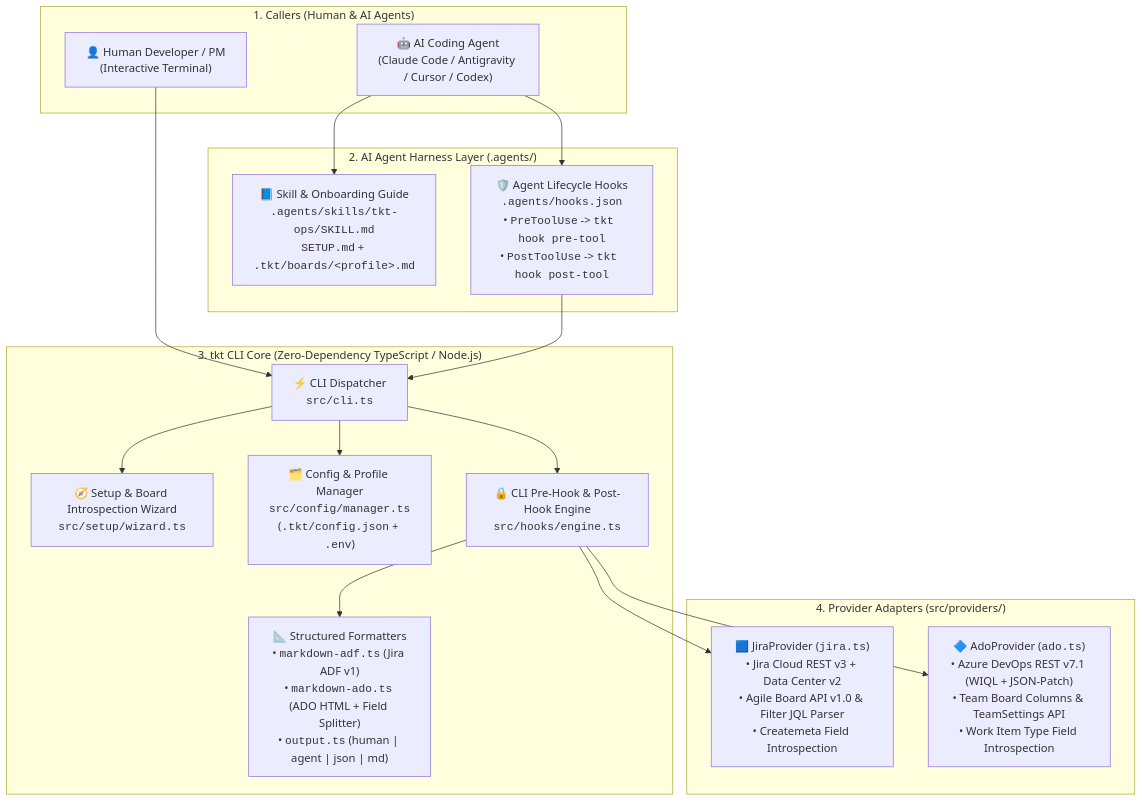
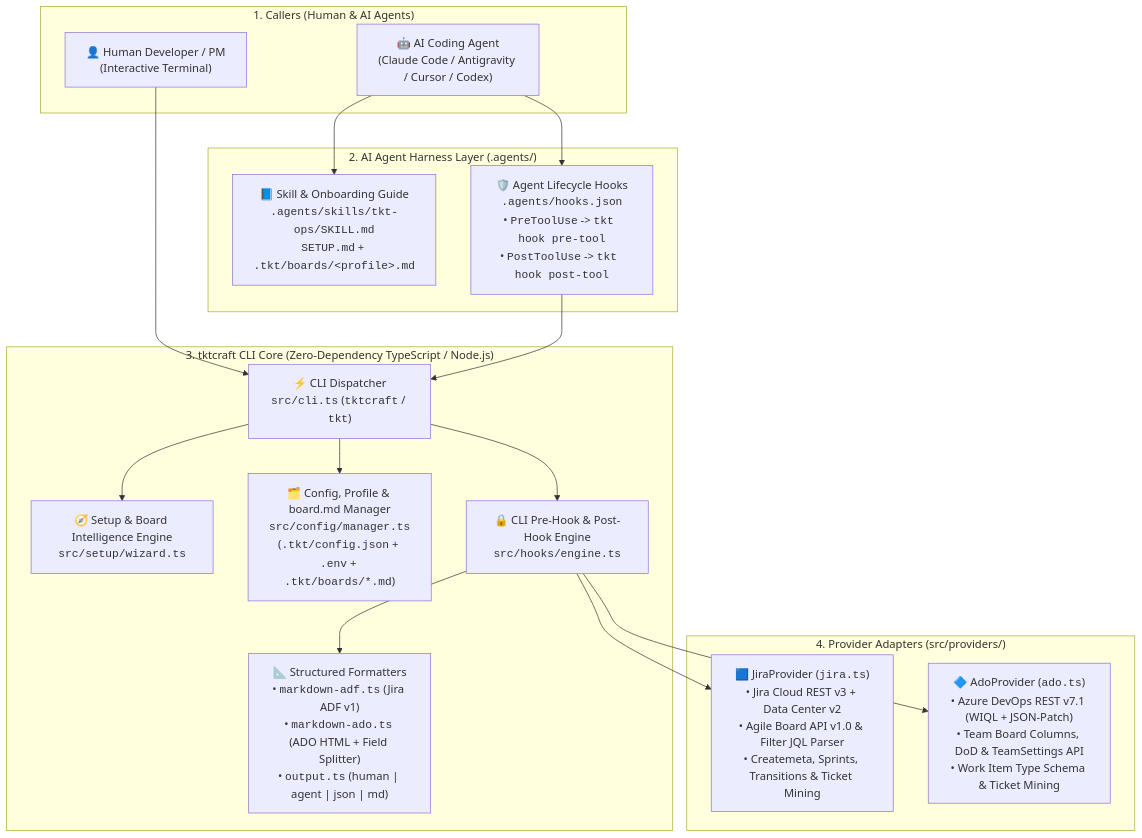
The first of 4 diagrams in ARCHITECTURE.md (sandrinio/tktcraft), drawn with Mermaid before and after one commit. The commit also changed other lines of this file, not shown here.

Commit message:
docs(architecture): add GitHub research findings, MCP comparison, and 3-tier board.md intelligence spec

````diff
--- a/ARCHITECTURE.md
+++ b/ARCHITECTURE.md
@@ -24,36 +50,36 @@
 ```mermaid
 flowchart TB
     subgraph Actors["1. Callers (Human & AI Agents)"]
         Human["👤 Human Developer / PM<br/>(Interactive Terminal)"]
         Agent["🤖 AI Coding Agent<br/>(Claude Code / Antigravity / Cursor / Codex)"]
     end
 
     subgraph HarnessLayer["2. AI Agent Harness Layer (.agents/)"]
         Skill["📘 Skill & Onboarding Guide<br/><code>.agents/skills/tkt-ops/SKILL.md</code><br/><code>SETUP.md</code> + <code>.tkt/boards/&lt;profile&gt;.md</code>"]
         HooksJson["🛡️ Agent Lifecycle Hooks<br/><code>.agents/hooks.json</code><br/>• <code>PreToolUse</code> -> <code>tkt hook pre-tool</code><br/>• <code>PostToolUse</code> -> <code>tkt hook post-tool</code>"]
     end
 
-    subgraph CliCore["3. tkt CLI Core (Zero-Dependency TypeScript / Node.js)"]
-        Router["⚡ CLI Dispatcher<br/><code>src/cli.ts</code>"]
-        Wizard["🧭 Setup & Board Introspection Wizard<br/><code>src/setup/wizard.ts</code>"]
-        CfgMgr["🗂️ Config & Profile Manager<br/><code>src/config/manager.ts</code><br/>(<code>.tkt/config.json</code> + <code>.env</code>)"]
+    subgraph CliCore["3. tktcraft CLI Core (Zero-Dependency TypeScript / Node.js)"]
+        Router["⚡ CLI Dispatcher<br/><code>src/cli.ts</code> (<code>tktcraft</code> / <code>tkt</code>)"]
+        Wizard["🧭 Setup & Board Intelligence Engine<br/><code>src/setup/wizard.ts</code>"]
+        CfgMgr["🗂️ Config, Profile & board.md Manager<br/><code>src/config/manager.ts</code><br/>(<code>.tkt/config.json</code> + <code>.env</code> + <code>.tkt/boards/*.md</code>)"]
         HookEngine["🔒 CLI Pre-Hook & Post-Hook Engine<br/><code>src/hooks/engine.ts</code>"]
         Formatters["📐 Structured Formatters<br/>• <code>markdown-adf.ts</code> (Jira ADF v1)<br/>• <code>markdown-ado.ts</code> (ADO HTML + Field Splitter)<br/>• <code>output.ts</code> (human | agent | json | md)"]
     end
 
     subgraph Providers["4. Provider Adapters (src/providers/)"]
-        JiraProv["🟦 JiraProvider (<code>jira.ts</code>)<br/>• Jira Cloud REST v3 + Data Center v2<br/>• Agile Board API v1.0 & Filter JQL Parser<br/>• Createmeta Field Introspection"]
-        AdoProv["🔷 AdoProvider (<code>ado.ts</code>)<br/>• Azure DevOps REST v7.1 (WIQL + JSON-Patch)<br/>• Team Board Columns & TeamSettings API<br/>• Work Item Type Field Introspection"]
+        JiraProv["🟦 JiraProvider (<code>jira.ts</code>)<br/>• Jira Cloud REST v3 + Data Center v2<br/>• Agile Board API v1.0 & Filter JQL Parser<br/>• Createmeta, Sprints, Transitions & Ticket Mining"]
+        AdoProv["🔷 AdoProvider (<code>ado.ts</code>)<br/>• Azure DevOps REST v7.1 (WIQL + JSON-Patch)<br/>• Team Board Columns, DoD & TeamSettings API<br/>• Work Item Type Schema & Ticket Mining"]
     end
 
     Human --> Router
     Agent --> Skill
     Agent --> HooksJson
     HooksJson --> Router
     Router --> Wizard
     Router --> CfgMgr
     Router --> HookEngine
     HookEngine --> Formatters
     HookEngine --> JiraProv
     HookEngine --> AdoProv
 ```
````
